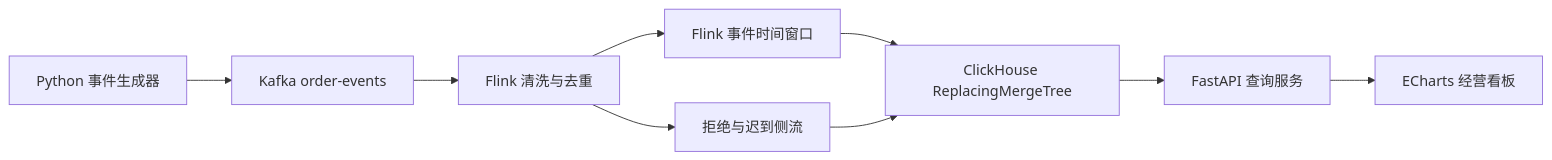
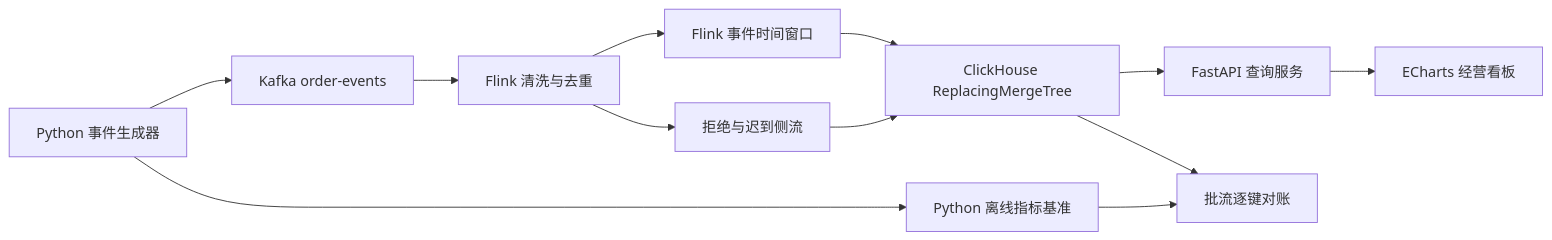
Before and after one commit to ZliY221/Real-time-data-warehouse-and-business-analysis-platform-for-e-commerce: the diagram in README.md, drawn with Mermaid. The commit also changed other lines of this file and 15 other files, not shown here.

````diff
--- a/README.md
+++ b/README.md
@@ -43,11 +44,14 @@
 ```mermaid
 flowchart LR
     A[Python 事件生成器] --> B[Kafka order-events]
     B --> C[Flink 清洗与去重]
     C --> D[Flink 事件时间窗口]
     D --> E[ClickHouse ReplacingMergeTree]
     E --> F[FastAPI 查询服务]
     F --> G[ECharts 经营看板]
     C --> H[拒绝与迟到侧流]
     H --> E
+    A --> I[Python 离线指标基准]
+    E --> J[批流逐键对账]
+    I --> J
 ```
````
